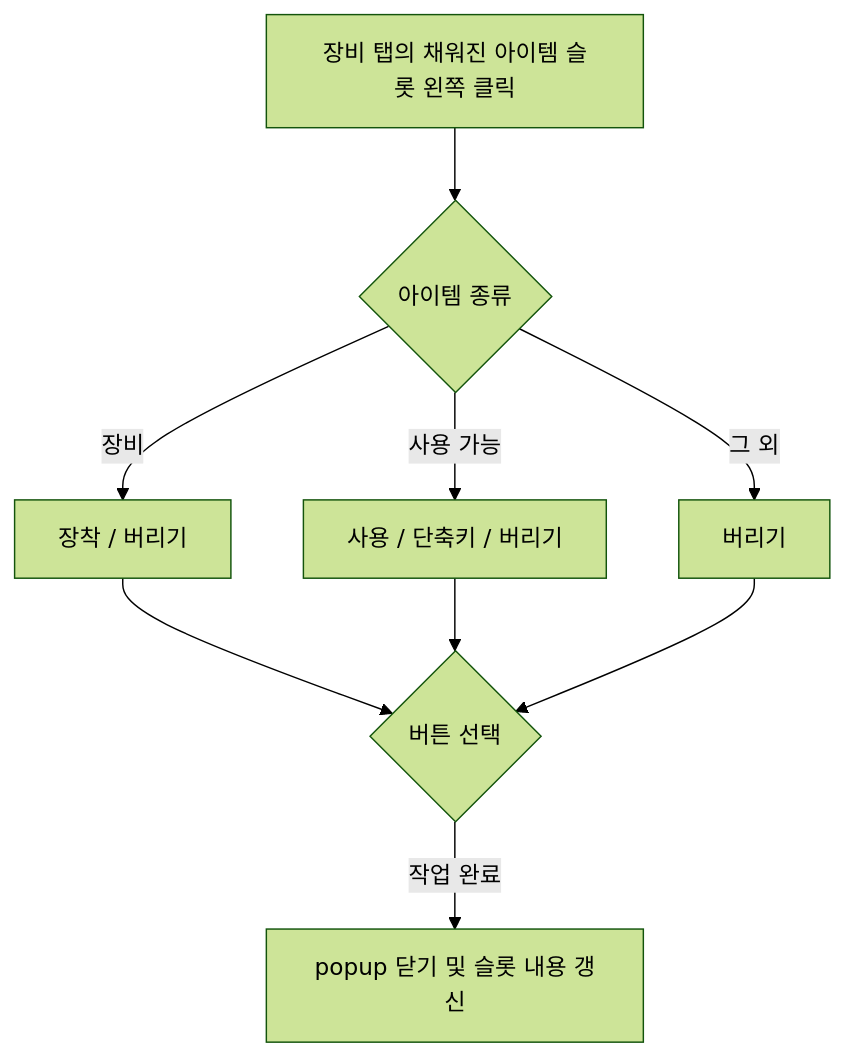
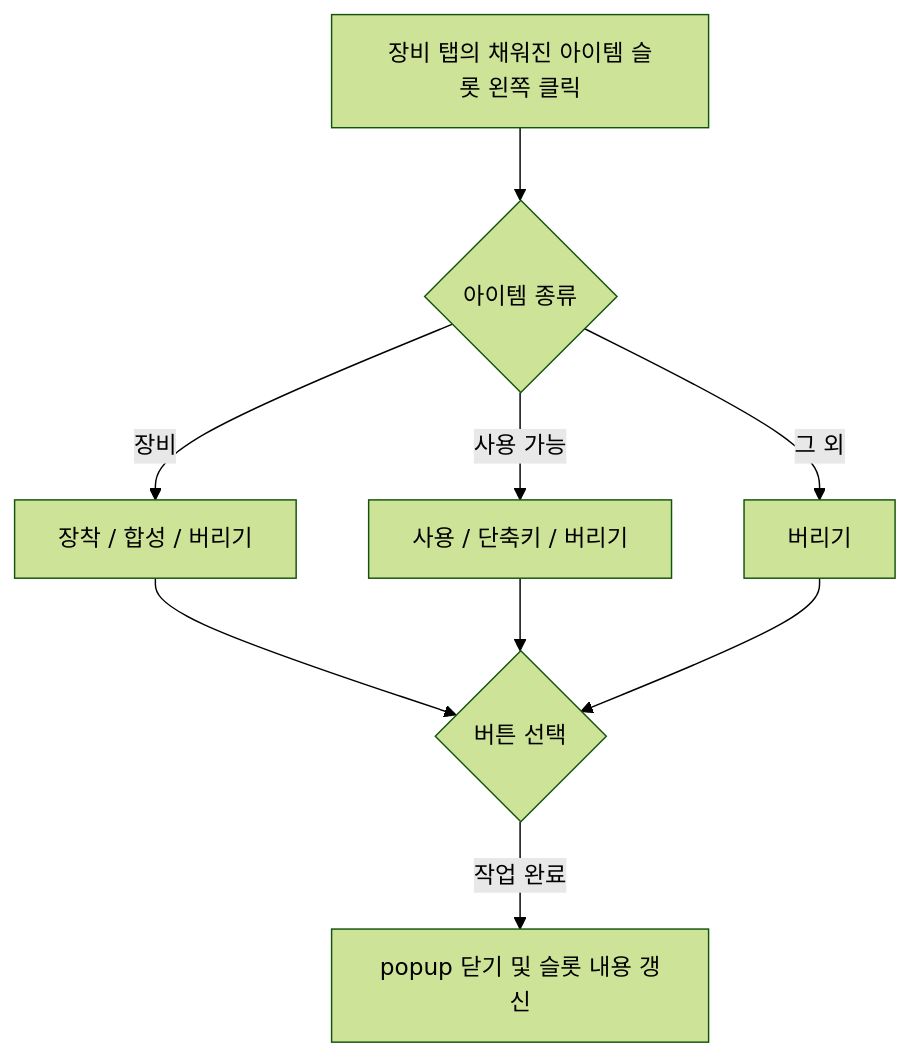
Before and after one commit to Ocean-2930/witchcraft: the fourth of 4 diagrams in docs/ui_flow.md, drawn with Mermaid (forest theme). The commit also changed other lines of this file and 11 other files, not shown here.

````diff
--- a/docs/ui_flow.md
+++ b/docs/ui_flow.md
@@ -146,11 +146,11 @@
 ```mermaid
 flowchart TD
     A["장비 탭의 채워진 아이템 슬롯 왼쪽 클릭"] --> B{"아이템 종류"}
-    B -- "장비" --> C["장착 / 버리기"]
+    B -- "장비" --> C["장착 / 합성 / 버리기"]
     B -- "사용 가능" --> D["사용 / 단축키 / 버리기"]
     B -- "그 외" --> E["버리기"]
     C --> F{"버튼 선택"}
     D --> F
     E --> F
     F -- "작업 완료" --> G["popup 닫기 및 슬롯 내용 갱신"]
 ```
````
